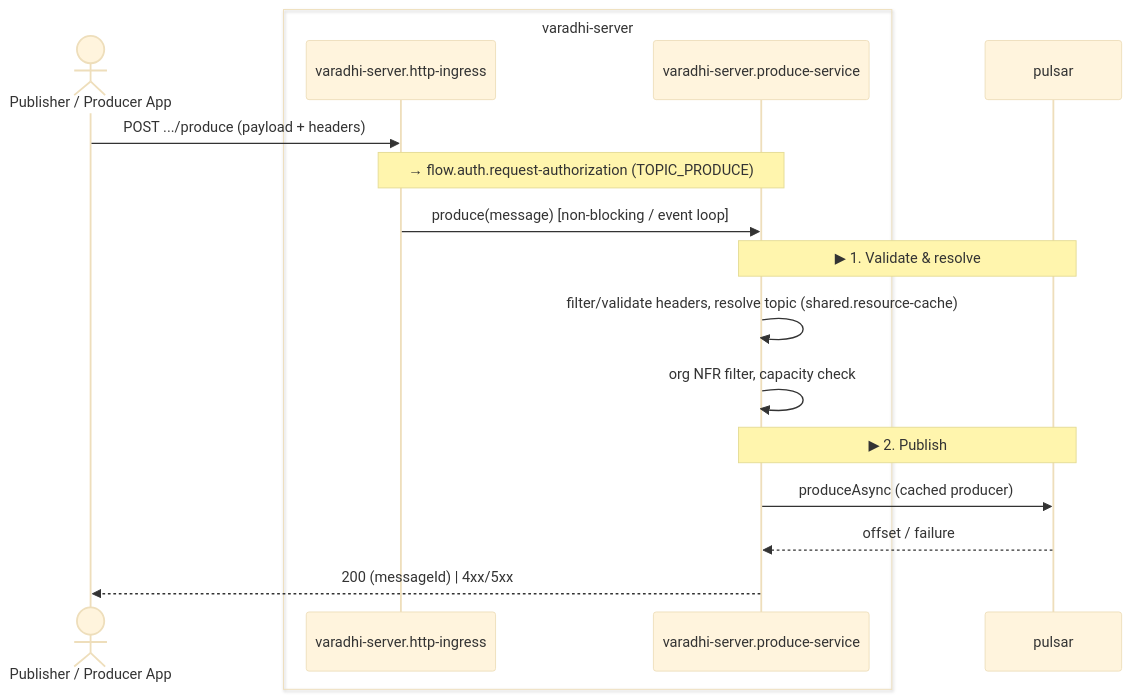
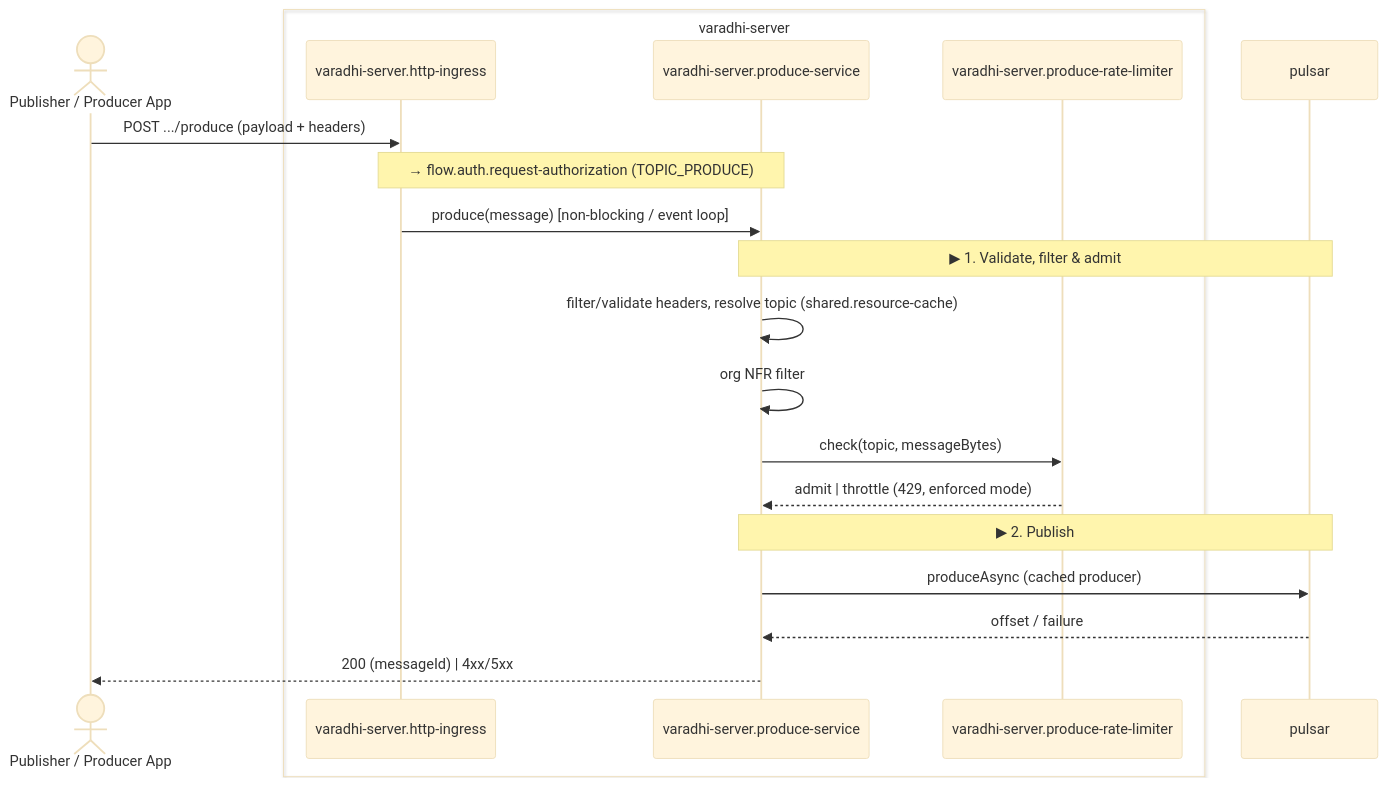
One commit to flipkart-incubator/varadhi changed the fourth of 10 diagrams in docs/flows.md. Above: the diagram before and after it, drawn with Mermaid (base theme). The commit also changed other lines of this file and 3 other files, not shown here.

````diff
--- a/docs/flows.md
+++ b/docs/flows.md
@@ -132,20 +132,23 @@
 ```mermaid
 sequenceDiagram
     actor Producer as Publisher / Producer App
     box varadhi-server
         participant Ingress as varadhi-server.http-ingress
         participant Prod as varadhi-server.produce-service
+        participant RL as varadhi-server.produce-rate-limiter
     end
     participant Pulsar as pulsar
 
     Producer->>Ingress: POST .../produce (payload + headers)
     Note over Ingress,Prod: → flow.auth.request-authorization (TOPIC_PRODUCE)
     Ingress->>Prod: produce(message) [non-blocking / event loop]
-    Note over Prod,Pulsar: ▶ 1. Validate & resolve
+    Note over Prod,Pulsar: ▶ 1. Validate, filter & admit
     Prod->>Prod: filter/validate headers, resolve topic (shared.resource-cache)
-    Prod->>Prod: org NFR filter, capacity check
+    Prod->>Prod: org NFR filter
+    Prod->>RL: check(topic, messageBytes)
+    RL-->>Prod: admit | throttle (429, enforced mode)
     Note over Prod,Pulsar: ▶ 2. Publish
     Prod->>Pulsar: produceAsync (cached producer)
     Pulsar-->>Prod: offset / failure
     Prod-->>Producer: 200 (messageId) | 4xx/5xx
 ```
````
